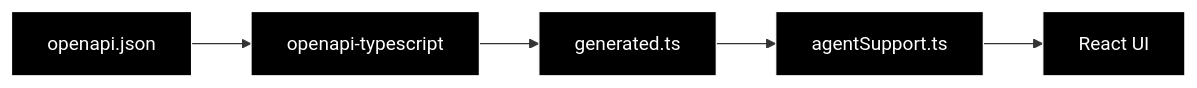
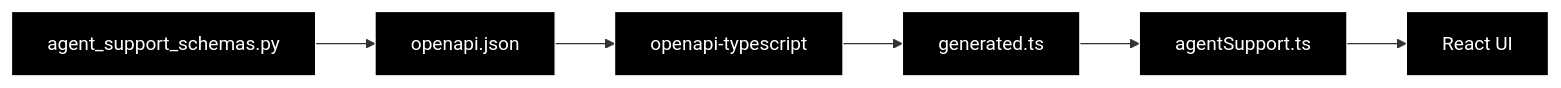
The third of 3 diagrams in frontend/docs/agentSupportTypes.md (nakashima2toshio/grace_agent_v2_react_openai), drawn with Mermaid before and after one commit. The commit also changed other lines of this file and 14 other files, not shown here.

````diff
--- a/frontend/docs/agentSupportTypes.md
+++ b/frontend/docs/agentSupportTypes.md
@@ -286,9 +450,9 @@
 ```mermaid
 flowchart LR
-    OpenAPI["openapi.json"] --> Generator["openapi-typescript"] --> Generated["generated.ts"]
+    Schema["agent_support_schemas.py"] --> OpenAPI["openapi.json"] --> Generator["openapi-typescript"] --> Generated["generated.ts"]
     Generated --> Support["agentSupport.ts"]
     Support --> UI["React UI"]
 classDef default fill:#000,stroke:#fff,color:#fff
 classDef subgraphStyle fill:#1a1a1a,stroke:#fff,color:#fff
-class OpenAPI,Generator,Generated,Support,UI default
+class Schema,OpenAPI,Generator,Generated,Support,UI default
 ```
````
